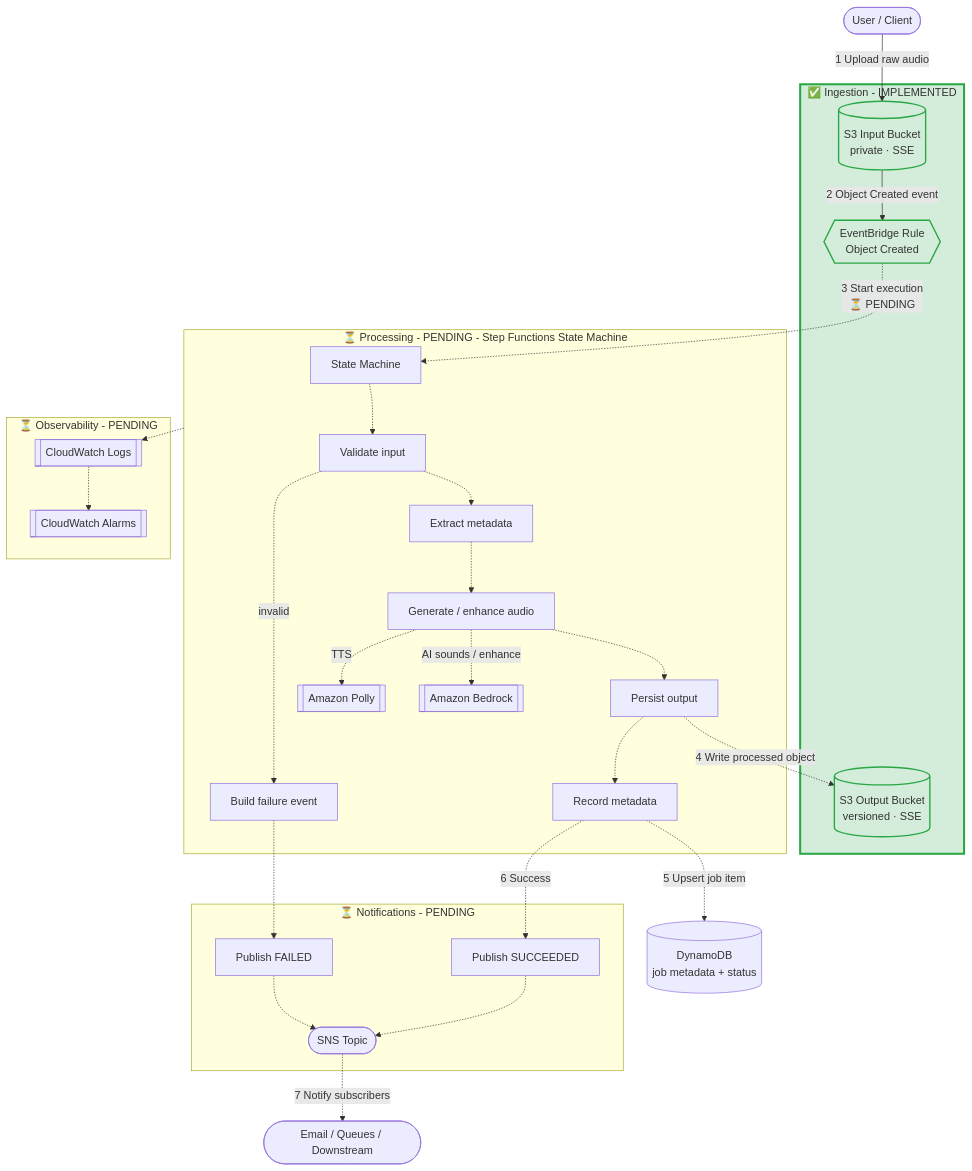
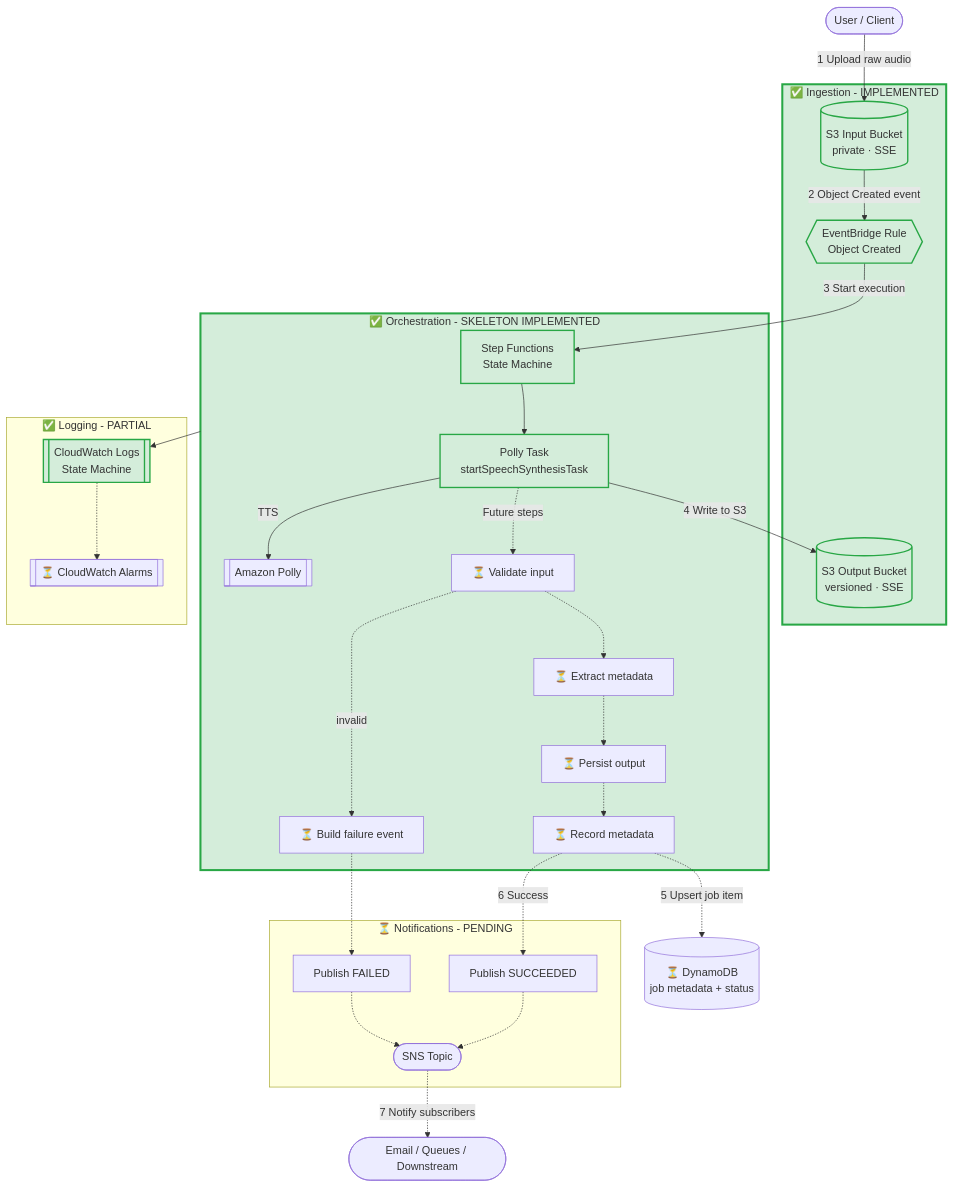
The diagram in ARCHITECTURE.md (obstreperous-ai/cdk-sleep-csharp-copilot), drawn with Mermaid before and after one commit. The commit also changed other lines of this file, not shown here.

Commit message:
docs: update ARCHITECTURE.md for Issue #4 - Step Functions + Polly
- Update implementation status to show Issue #4 completed
- Add details about Step Functions state machine skeleton
- Add details about Polly integration (placeholder parameters)
- Update Mermaid diagram to show implemented orchestration layer
- Mark state machine, Polly task, and CloudWatch Logs as implemented
- Document current skeleton implementation vs future steps

````diff
--- a/ARCHITECTURE.md
+++ b/ARCHITECTURE.md
@@ -137,55 +170,64 @@
 ```mermaid
 flowchart TD
     user([User / Client]) -->|1 Upload raw audio| inputBucket
 
     subgraph ingestion[✅ Ingestion - IMPLEMENTED]
         inputBucket[(S3 Input Bucket<br/>private · SSE)]
         eventBridge{{EventBridge Rule<br/>Object Created}}
         inputBucket -->|2 Object Created event| eventBridge
         outputBucket[(S3 Output Bucket<br/>versioned · SSE)]
     end
 
-    eventBridge -.->|3 Start execution<br/>⏳ PENDING| sfn
+    eventBridge -->|3 Start execution| sfn
 
-    subgraph processing[⏳ Processing - PENDING - Step Functions State Machine]
-        sfn[State Machine]
-        validate[Validate input]
-        metadata[Extract metadata]
-        generate[Generate / enhance audio]
-        persist[Persist output]
-        record[Record metadata]
-
-        sfn -.-> validate -.-> metadata -.-> generate -.-> persist -.-> record
+    subgraph processing[✅ Orchestration - SKELETON IMPLEMENTED]
+        sfn[Step Functions<br/>State Machine]
+        pollyTask[Polly Task<br/>startSpeechSynthesisTask]
+        
+        sfn --> pollyTask
+        pollyTask -->|TTS| polly[[Amazon Polly]]
+        
+        validate[⏳ Validate input]
+        metadata[⏳ Extract metadata]
+        persist[⏳ Persist output]
+        record[⏳ Record metadata]
+        
+        pollyTask -.->|Future steps| validate
+        validate -.-> metadata
+        metadata -.-> persist
+        persist -.-> record
         validate -.->|invalid| failNotify
-        generate -.->|TTS| polly[[Amazon Polly]]
-        generate -.->|AI sounds / enhance| bedrock[[Amazon Bedrock]]
     end
 
-    persist -.->|4 Write processed object| outputBucket
-    record -.->|5 Upsert job item| dynamo[(DynamoDB<br/>job metadata + status)]
+    pollyTask -->|4 Write to S3| outputBucket
+    record -.->|5 Upsert job item| dynamo[(⏳ DynamoDB<br/>job metadata + status)]
 
     record -.->|6 Success| successNotify
-    failNotify[Build failure event]
+    failNotify[⏳ Build failure event]
 
     subgraph notifications[⏳ Notifications - PENDING]
         successNotify[Publish SUCCEEDED]
         failNotify -.-> snsFail[Publish FAILED]
         successNotify -.-> sns([SNS Topic])
         snsFail -.-> sns
     end
 
     sns -.->|7 Notify subscribers| subscribers([Email / Queues / Downstream])
 
-    subgraph observability[⏳ Observability - PENDING]
-        logs[[CloudWatch Logs]]
-        alarms[[CloudWatch Alarms]]
+    subgraph observability[✅ Logging - PARTIAL]
+        logs[[CloudWatch Logs<br/>State Machine]]
+        alarms[[⏳ CloudWatch Alarms]]
     end
 
-    processing -.-> logs
+    processing --> logs
     logs -.-> alarms
 
     style ingestion fill:#d4edda,stroke:#28a745,stroke-width:3px
     style inputBucket fill:#d4edda,stroke:#28a745,stroke-width:2px
     style eventBridge fill:#d4edda,stroke:#28a745,stroke-width:2px
     style outputBucket fill:#d4edda,stroke:#28a745,stroke-width:2px
+    style processing fill:#d4edda,stroke:#28a745,stroke-width:3px
+    style sfn fill:#d4edda,stroke:#28a745,stroke-width:2px
+    style pollyTask fill:#d4edda,stroke:#28a745,stroke-width:2px
+    style logs fill:#d4edda,stroke:#28a745,stroke-width:2px
 ```
````
